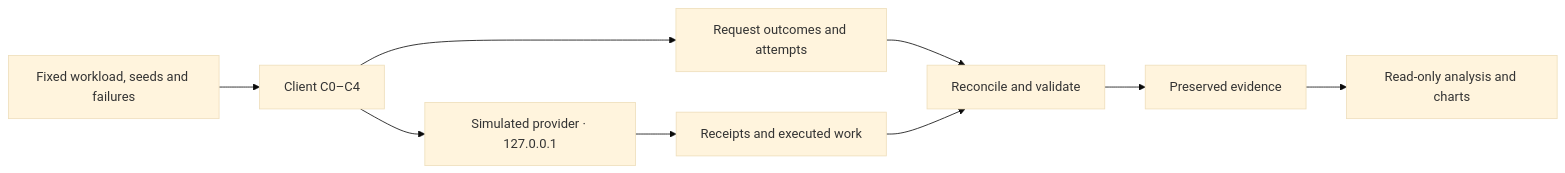
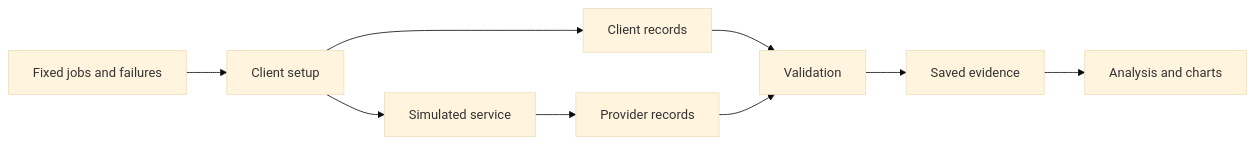
The diagram in README.md (shaikh-muhammad/ai-provider-outage-test), drawn with Mermaid (base theme) before and after one commit. The commit also changed other lines of this file and 8 other files, not shown here.

````diff
--- a/README.md
+++ b/README.md
@@ -63,11 +75,11 @@
 ```mermaid
 flowchart LR
-    W["Fixed workload, seeds and failures"] --> C["Client C0–C4"]
-    C --> P["Simulated provider · 127.0.0.1"]
-    C --> R["Request outcomes and attempts"]
-    P --> L["Receipts and executed work"]
-    R --> V["Reconcile and validate"]
+    W["Fixed jobs and failures"] --> C["Client setup"]
+    C --> P["Simulated service"]
+    C --> R["Client records"]
+    P --> L["Provider records"]
+    R --> V["Validation"]
     L --> V
-    V --> E["Preserved evidence"]
-    E --> A["Read-only analysis and charts"]
+    V --> E["Saved evidence"]
+    E --> A["Analysis and charts"]
 ```
````
